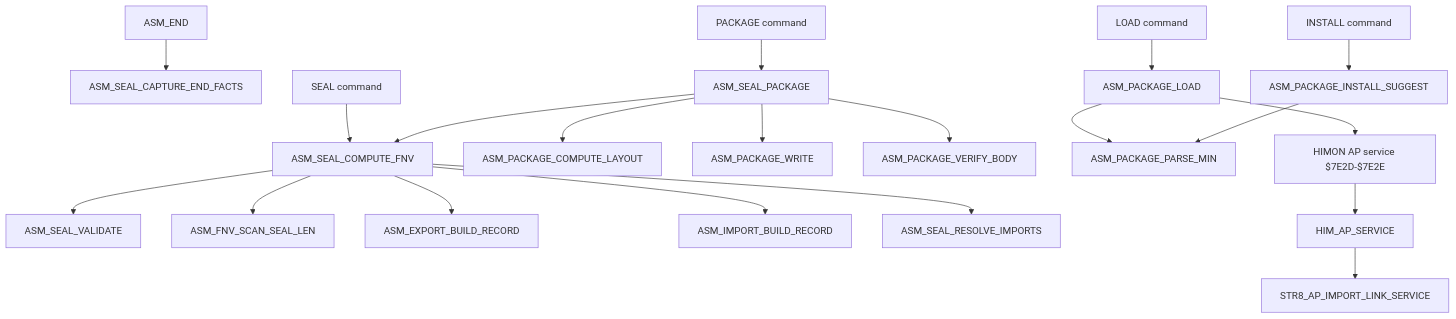
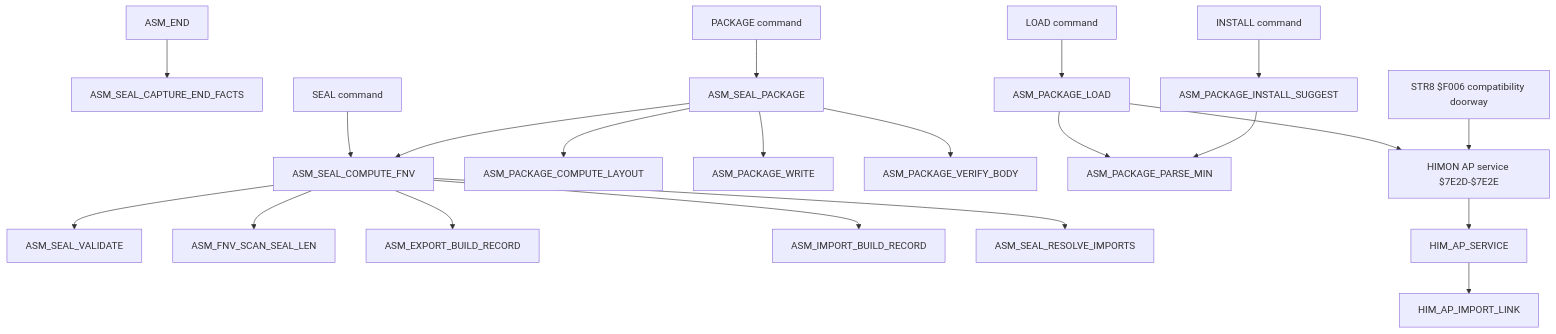
One commit to 95westus/R-YORS changed the fifth of 5 diagrams in DOC/GUIDES/ASM/ASM_CALL_MAP.md. Above: the diagram before and after it, drawn with Mermaid. The commit also changed other lines of this file and 46 other files, not shown here.

````diff
--- a/DOC/GUIDES/ASM/ASM_CALL_MAP.md
+++ b/DOC/GUIDES/ASM/ASM_CALL_MAP.md
@@ -184,26 +184,27 @@
 ```mermaid
 flowchart TD
     ENDASM["ASM_END"] --> CAPTURE["ASM_SEAL_CAPTURE_END_FACTS"]
 
     SEALCMD["SEAL command"] --> FNV["ASM_SEAL_COMPUTE_FNV"]
     FNV --> VALIDATE["ASM_SEAL_VALIDATE"]
     FNV --> HASHBODY["ASM_FNV_SCAN_SEAL_LEN"]
     FNV --> EXPREC["ASM_EXPORT_BUILD_RECORD"]
     FNV --> IMPREC["ASM_IMPORT_BUILD_RECORD"]
     FNV --> RESIMP["ASM_SEAL_RESOLVE_IMPORTS"]
 
     PACKAGECMD["PACKAGE command"] --> PACKAGE["ASM_SEAL_PACKAGE"]
     PACKAGE --> FNV
     PACKAGE --> LAYOUT["ASM_PACKAGE_COMPUTE_LAYOUT"]
     PACKAGE --> WRITEPKG["ASM_PACKAGE_WRITE"]
     PACKAGE --> VERIFYPKG["ASM_PACKAGE_VERIFY_BODY"]
 
     LOADCMD["LOAD command"] --> LOADPKG["ASM_PACKAGE_LOAD"]
     LOADPKG --> PARSEPKG["ASM_PACKAGE_PARSE_MIN"]
     LOADPKG --> APVEC["HIMON AP service $7E2D-$7E2E"]
     APVEC --> HIMAP["HIM_AP_SERVICE"]
-    HIMAP --> STR8LINK["STR8_AP_IMPORT_LINK_SERVICE"]
+    HIMAP --> HIMLINK["HIM_AP_IMPORT_LINK"]
+    F006["STR8 $F006 compatibility doorway"] --> APVEC
 
     INSTALLCMD["INSTALL command"] --> SUGGEST["ASM_PACKAGE_INSTALL_SUGGEST"]
     SUGGEST --> PARSEPKG
 ```
````
